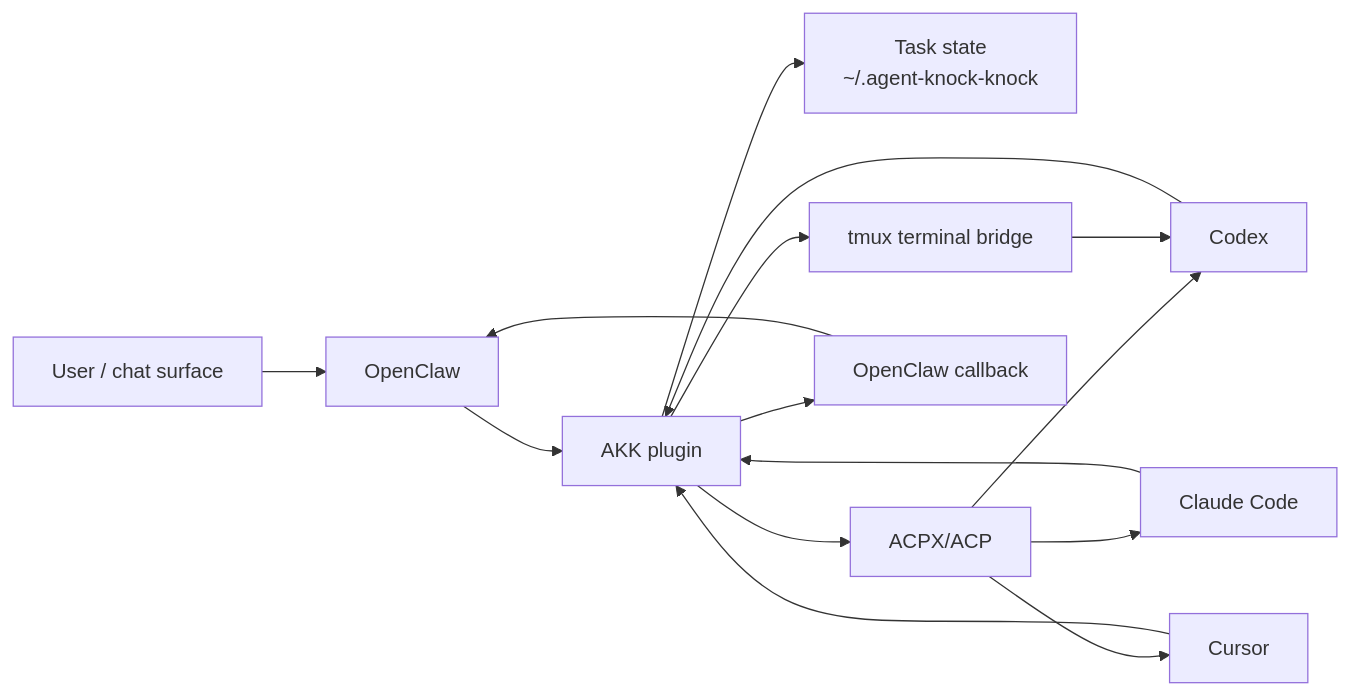
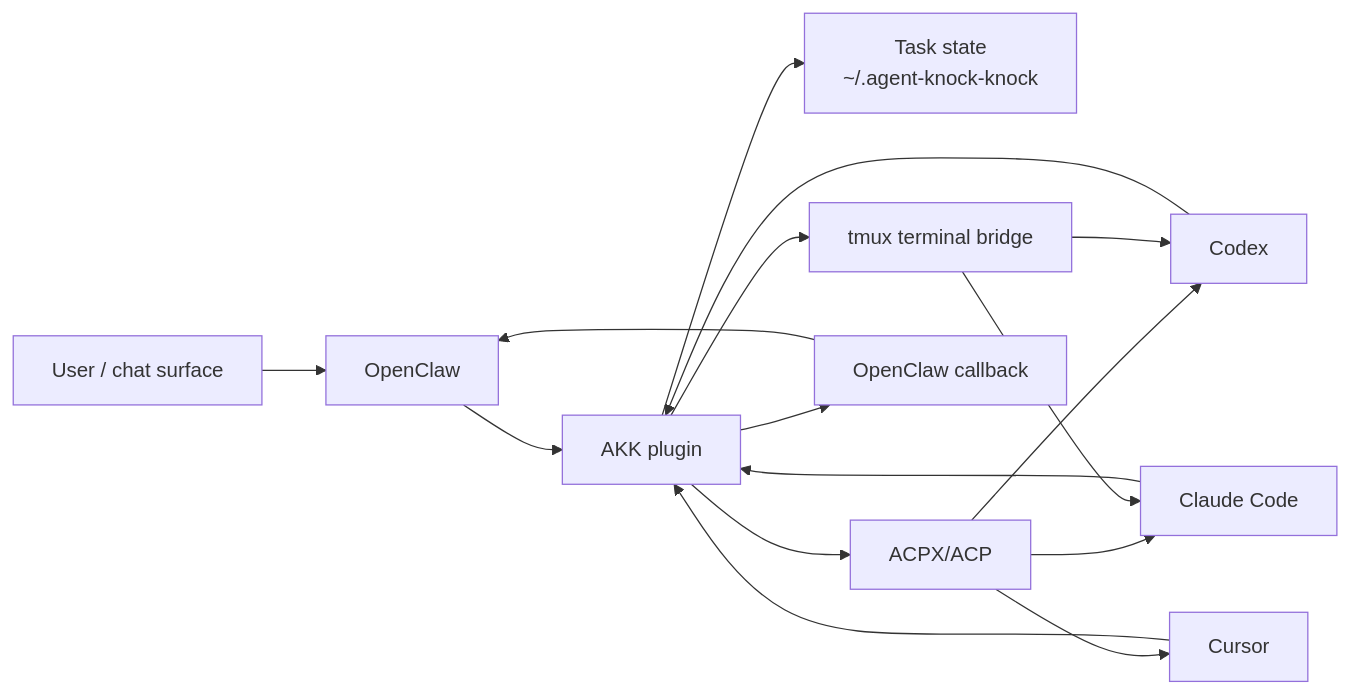
One commit to scotthuang/agent-knock-knock changed the diagram in README.md. Above: the diagram before and after it, drawn with Mermaid. The commit also changed other lines of this file and 24 other files, not shown here.

````diff
--- a/README.md
+++ b/README.md
@@ -60,17 +68,18 @@
 ```mermaid
 flowchart LR
   user["User / chat surface"] --> openclaw["OpenClaw"]
   openclaw --> plugin["AKK plugin"]
   plugin --> state["Task state<br/>~/.agent-knock-knock"]
   plugin --> acpx["ACPX/ACP"]
   plugin --> terminal["tmux terminal bridge"]
   acpx --> codex["Codex"]
   acpx --> claude["Claude Code"]
   acpx --> cursor["Cursor"]
   terminal --> codex
+  terminal --> claude
   codex --> plugin
   claude --> plugin
   cursor --> plugin
   plugin --> callback["OpenClaw callback"]
   callback --> openclaw
 ```
````
